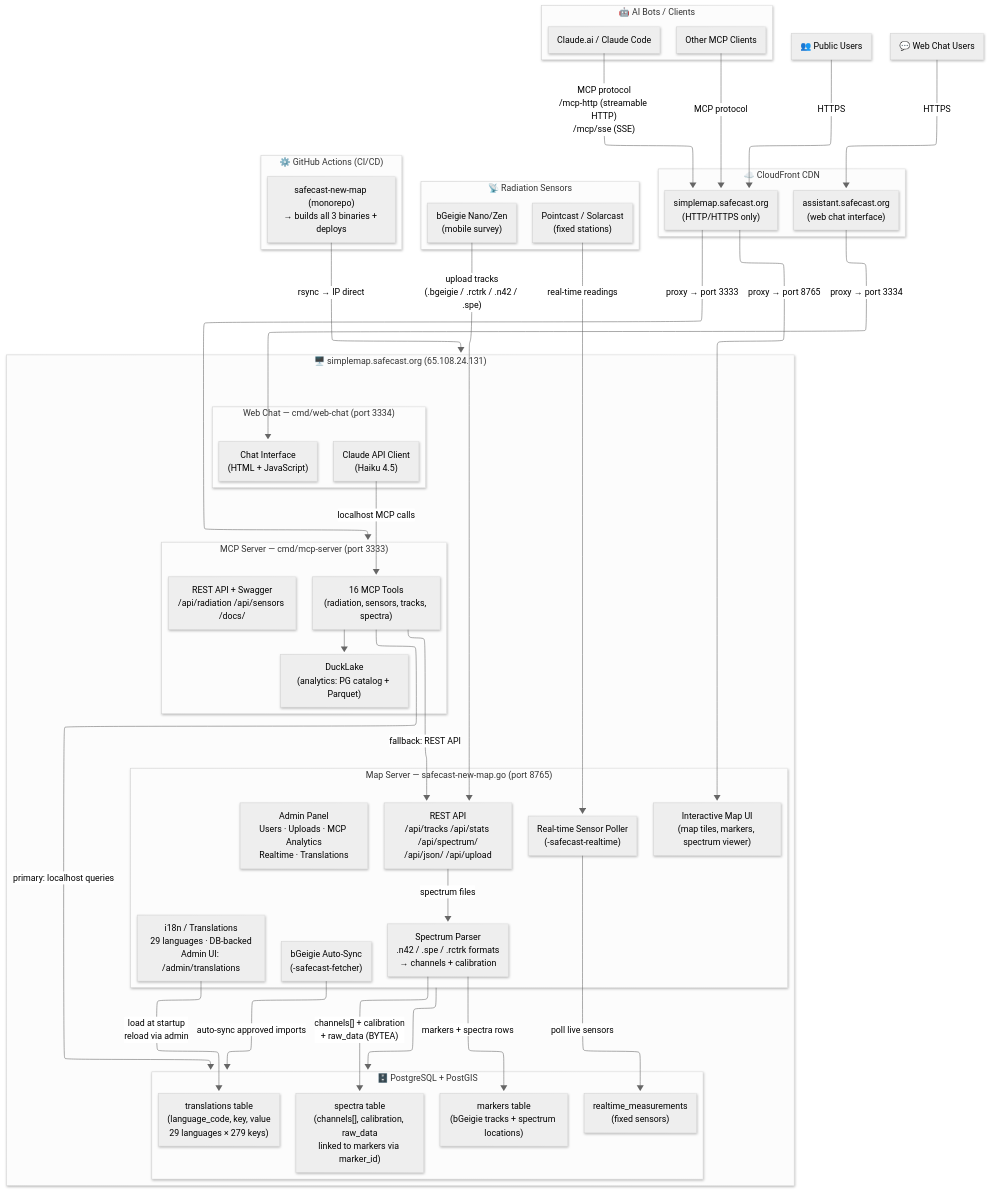
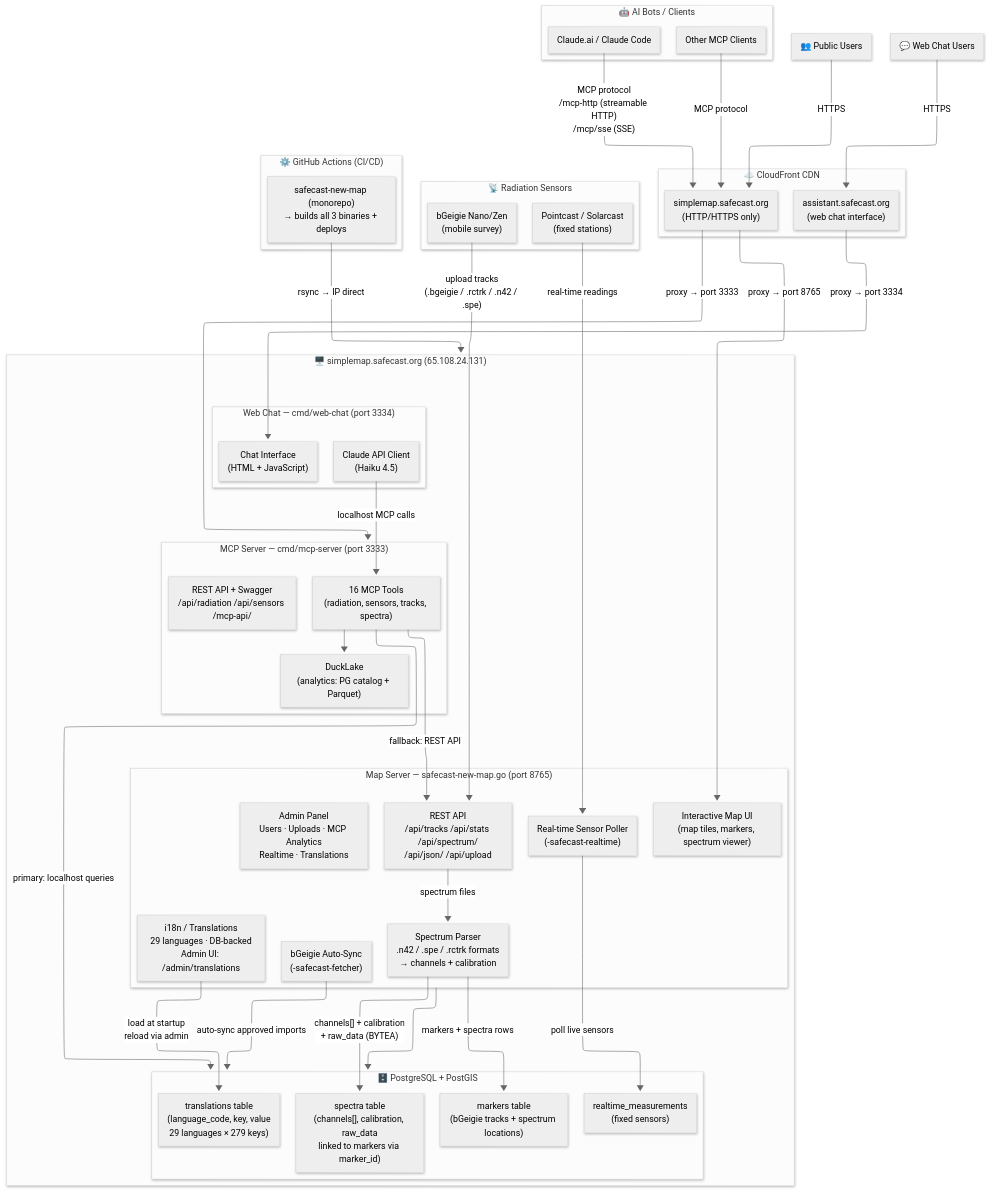
Before and after one commit to Safecast/safecast-new-map: the diagram in docs/architecture-overview.mmd, drawn with Mermaid. The commit also changed 4 other files, not shown here.

```diff
--- a/docs/architecture-overview.mmd
+++ b/docs/architecture-overview.mmd
@@ -1,73 +1,73 @@
 ---
 config:
   layout: elk
   theme: neutral
   look: neo
 ---
 flowchart TB
  subgraph AI["🤖 AI Bots / Clients"]
         Claude["Claude.ai / Claude Code"]
         Other["Other MCP Clients"]
   end
  subgraph CDN["☁️ CloudFront CDN"]
         CF["simplemap.safecast.org\n(HTTP/HTTPS only)"]
         Assistant["assistant.safecast.org\n(web chat interface)"]
   end
  subgraph MCP["MCP Server — cmd/mcp-server (port 3333)"]
         MCPTools["16 MCP Tools\n(radiation, sensors, tracks, spectra)"]
-        REST_MCP["REST API + Swagger\n/api/radiation /api/sensors /docs/"]
+        REST_MCP["REST API + Swagger\n/api/radiation /api/sensors /mcp-api/"]
         DuckLake["DuckLake\n(analytics: PG catalog + Parquet)"]
   end
  subgraph MapServer["Map Server — safecast-new-map.go (port 8765)"]
         MapUI["Interactive Map UI\n(map tiles, markers, spectrum viewer)"]
         REST_Map["REST API\n/api/tracks /api/stats /api/spectrum/\n/api/json/ /api/upload"]
         Fetcher["bGeigie Auto-Sync\n(-safecast-fetcher)"]
         RTPoller["Real-time Sensor Poller\n(-safecast-realtime)"]
         SpecParser["Spectrum Parser\n.n42 / .spe / .rctrk formats\n→ channels + calibration"]
         I18n["i18n / Translations\n29 languages · DB-backed\nAdmin UI: /admin/translations"]
         AdminPages["Admin Panel\nUsers · Uploads · MCP Analytics\nRealtime · Translations"]
   end
  subgraph DB["🗄️ PostgreSQL + PostGIS"]
         markers["markers table\n(bGeigie tracks + spectrum locations)"]
         realtime["realtime_measurements\n(fixed sensors)"]
         spectra["spectra table\n(channels[], calibration, raw_data\nlinked to markers via marker_id)"]
         translations["translations table\n(language_code, key, value\n29 languages × 279 keys)"]
   end
  subgraph WebChat["Web Chat — cmd/web-chat (port 3334)"]
         ChatUI["Chat Interface\n(HTML + JavaScript)"]
         ClaudeAPI["Claude API Client\n(Haiku 4.5)"]
   end
  subgraph Server["🖥️ simplemap.safecast.org (65.108.24.131)"]
         MCP
         MapServer
         WebChat
         DB
   end
  subgraph Devices["📡 Radiation Sensors"]
         bGeigie["bGeigie Nano/Zen\n(mobile survey)"]
         Fixed["Pointcast / Solarcast\n(fixed stations)"]
   end
  subgraph CICD["⚙️ GitHub Actions (CI/CD)"]
         GH_All["safecast-new-map (monorepo)\n→ builds all 3 binaries + deploys"]
   end
     MCPTools --> DuckLake
     MCPTools -- primary: localhost queries --> DB
     MapServer --> DB
     Fetcher -- "auto-sync approved imports" --> DB
     RTPoller -- poll live sensors --> realtime
     Claude -- "MCP protocol\n/mcp-http (streamable HTTP)\n/mcp/sse (SSE)" --> CF
     Other -- MCP protocol --> CF
     CF -- proxy → port 3333 --> MCP
     MCPTools -- fallback: REST API --> REST_Map
     Users["👥 Public Users"] -- HTTPS --> CF
     CF -- proxy → port 8765 --> MapUI
     WebUsers["💬 Web Chat Users"] -- HTTPS --> Assistant
     Assistant -- proxy → port 3334 --> ChatUI
     ClaudeAPI -- "localhost MCP calls" --> MCPTools
     bGeigie -- "upload tracks\n(.bgeigie / .rctrk / .n42 / .spe)" --> REST_Map
     REST_Map -- "spectrum files" --> SpecParser
     SpecParser -- "markers + spectra rows" --> markers
     SpecParser -- "channels[] + calibration\n+ raw_data (BYTEA)" --> spectra
     Fixed -- "real-time readings" --> RTPoller
     I18n -- "load at startup\nreload via admin" --> translations
     GH_All -- rsync → IP direct --> Server
```
